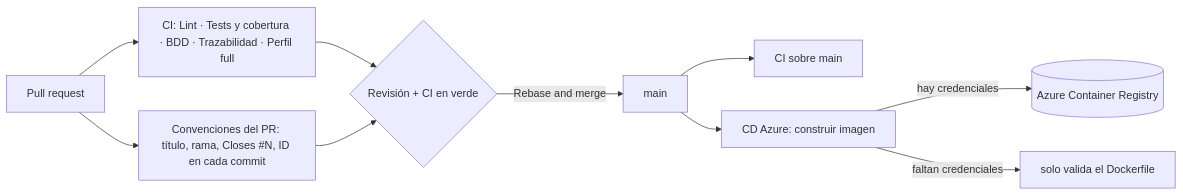
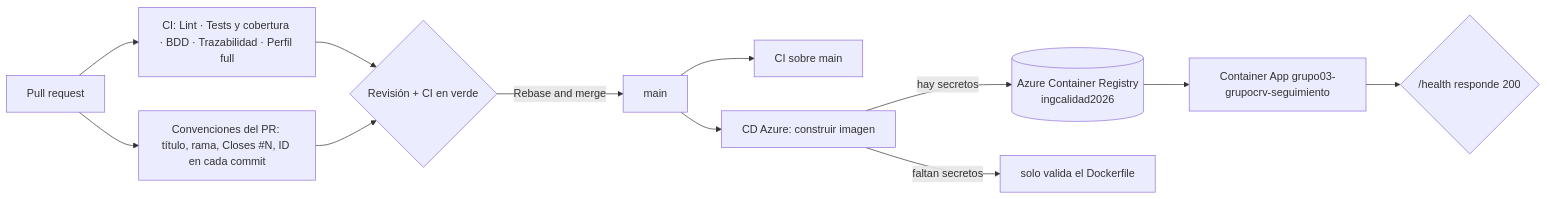
One commit to Tomas-Romero/grupocrv-seguimientoymedicion changed the diagram in docs/ci-cd.md. Above: the diagram before and after it, drawn with Mermaid. The commit also changed other lines of this file, not shown here.

````diff
--- a/docs/ci-cd.md
+++ b/docs/ci-cd.md
@@ -7,12 +7,14 @@
 ```mermaid
 flowchart LR
     A[Pull request] --> B[CI: Lint · Tests y cobertura · BDD · Trazabilidad · Perfil full]
     A --> C[Convenciones del PR: título, rama, Closes #N, ID en cada commit]
     B --> D{Revisión + CI en verde}
     C --> D
     D -->|Rebase and merge| E[main]
     E --> F[CI sobre main]
     E --> G[CD Azure: construir imagen]
-    G -->|hay credenciales| H[(Azure Container Registry)]
-    G -->|faltan credenciales| I[solo valida el Dockerfile]
+    G -->|hay secretos| H[(Azure Container Registry<br/>ingcalidad2026)]
+    H --> J[Container App grupo03-grupocrv-seguimiento]
+    J --> K{/health responde 200}
+    G -->|faltan secretos| I[solo valida el Dockerfile]
 ```
````
